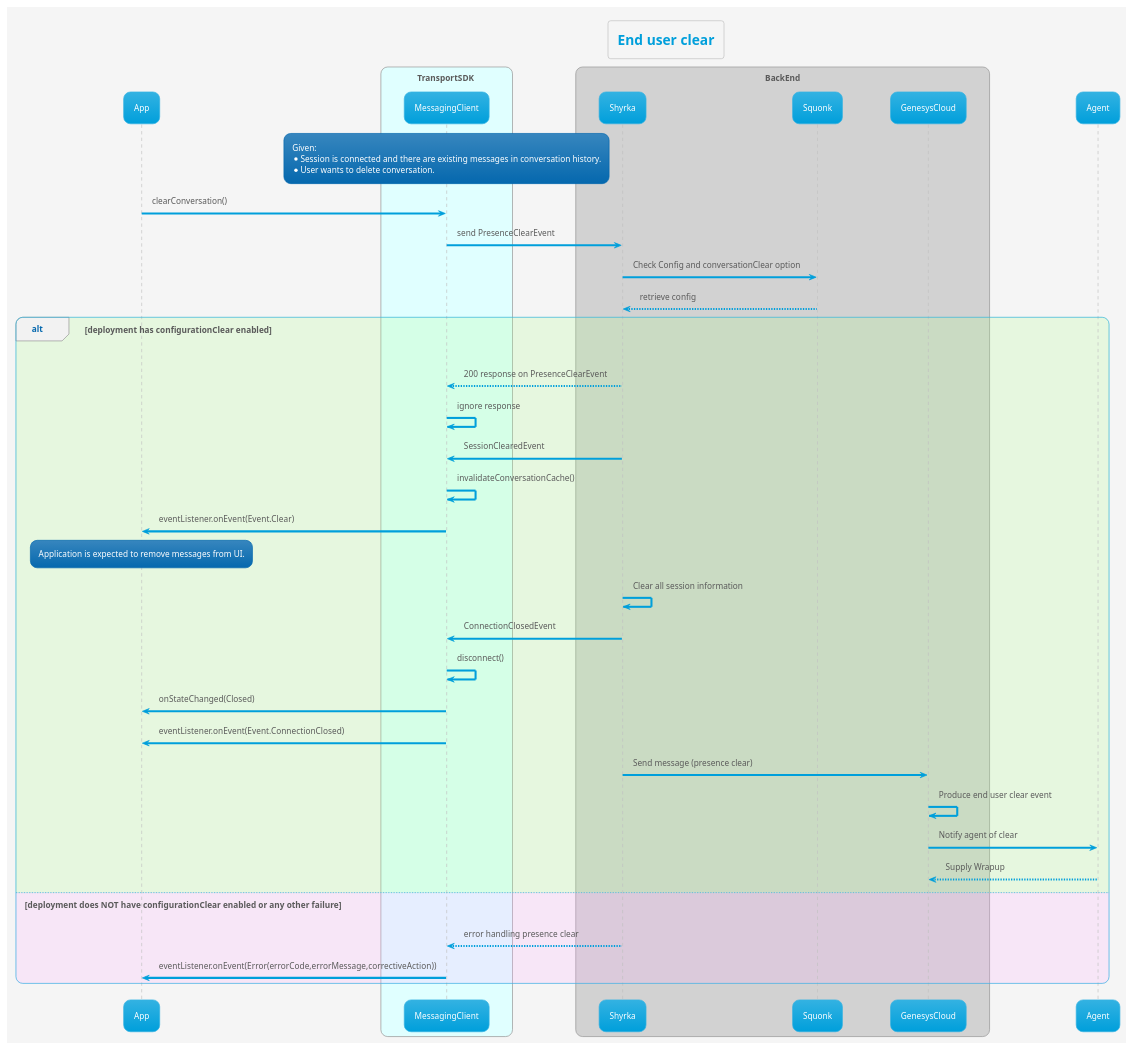
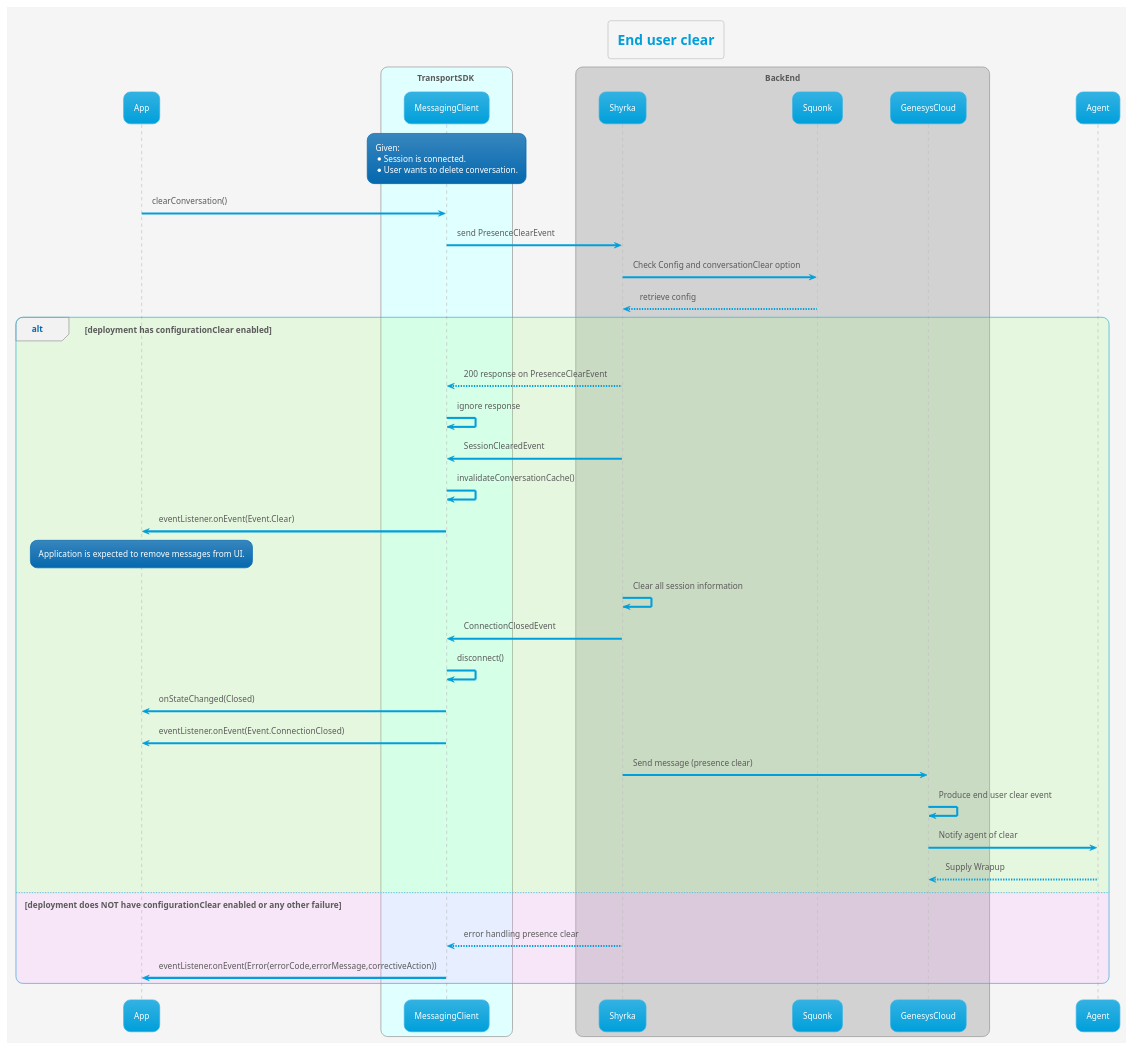
The diagram in transport/uml/clearConversation/clear_conversation_hld.puml (MyPureCloud/genesys-messenger-transport-mobile-sdk), drawn with PlantUML before and after one commit.

Commit message:
MTSDK-207 Design Clear Conversation.
- Session can be cleared with no regards if there are conversation history or not.

```diff
--- a/transport/uml/clearConversation/clear_conversation_hld.puml
+++ b/transport/uml/clearConversation/clear_conversation_hld.puml
@@ -1,54 +1,54 @@
 @startuml
 'https://plantuml.com/sequence-diagram
 
 !theme bluegray
 !pragma teoz true
 
 skinparam backgroundColor #whitesmoke
 title End user clear
 
 participant App
 box TransportSDK #lightcyan
 participant MessagingClient
 end box
 box BackEnd
 participant Shyrka
 participant Squonk
 participant GenesysCloud
 end box
 participant Agent
 
 rnote over MessagingClient
   Given:
-  * Session is connected and there are existing messages in conversation history.
+  * Session is connected.
   * User wants to delete conversation.
 end rnote
 
 App -> MessagingClient: clearConversation()
 MessagingClient -> Shyrka: send PresenceClearEvent
 Shyrka -> Squonk: Check Config and conversationClear option
 Squonk --> Shyrka: retrieve config
 alt #aaff8833 deployment has configurationClear enabled
    Shyrka --> MessagingClient: 200 response on PresenceClearEvent
    MessagingClient -> MessagingClient: ignore response
    Shyrka -> MessagingClient: SessionClearedEvent
    MessagingClient -> MessagingClient: invalidateConversationCache()
    MessagingClient -> App: eventListener.onEvent(Event.Clear)
 rnote over App
     Application is expected to remove messages from UI.
 end rnote
    Shyrka -> Shyrka: Clear all session information
    Shyrka -> MessagingClient: ConnectionClosedEvent
    MessagingClient -> MessagingClient: disconnect()
    MessagingClient -> App: onStateChanged(Closed)
    MessagingClient -> App: eventListener.onEvent(Event.ConnectionClosed)
    Shyrka -> GenesysCloud: Send message (presence clear)
    GenesysCloud -> GenesysCloud: Produce end user clear event
    GenesysCloud -> Agent: Notify agent of clear
    Agent --> GenesysCloud: Supply Wrapup
 else #ffaaff33 deployment does NOT have configurationClear enabled or any other failure
    Shyrka --> MessagingClient: error handling presence clear
    MessagingClient -> App: eventListener.onEvent(Error(errorCode,errorMessage,correctiveAction))
 end
 
 @enduml
```
